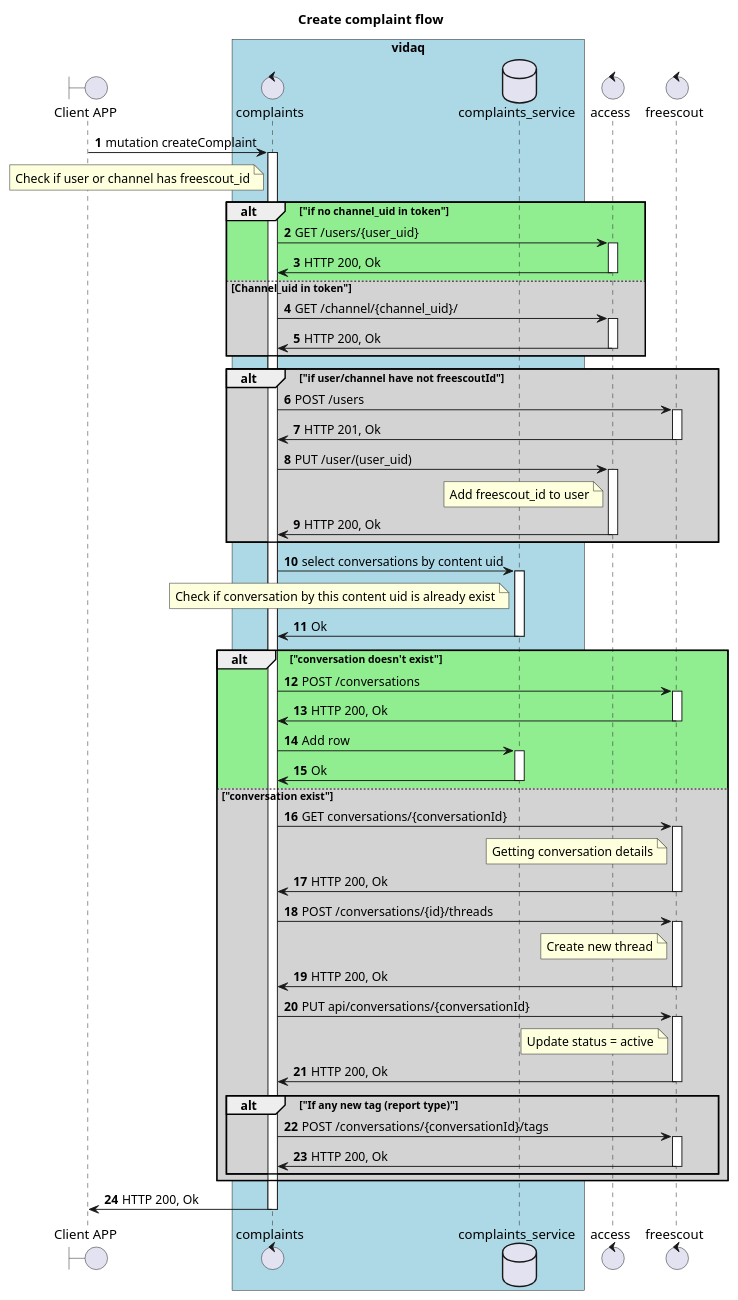
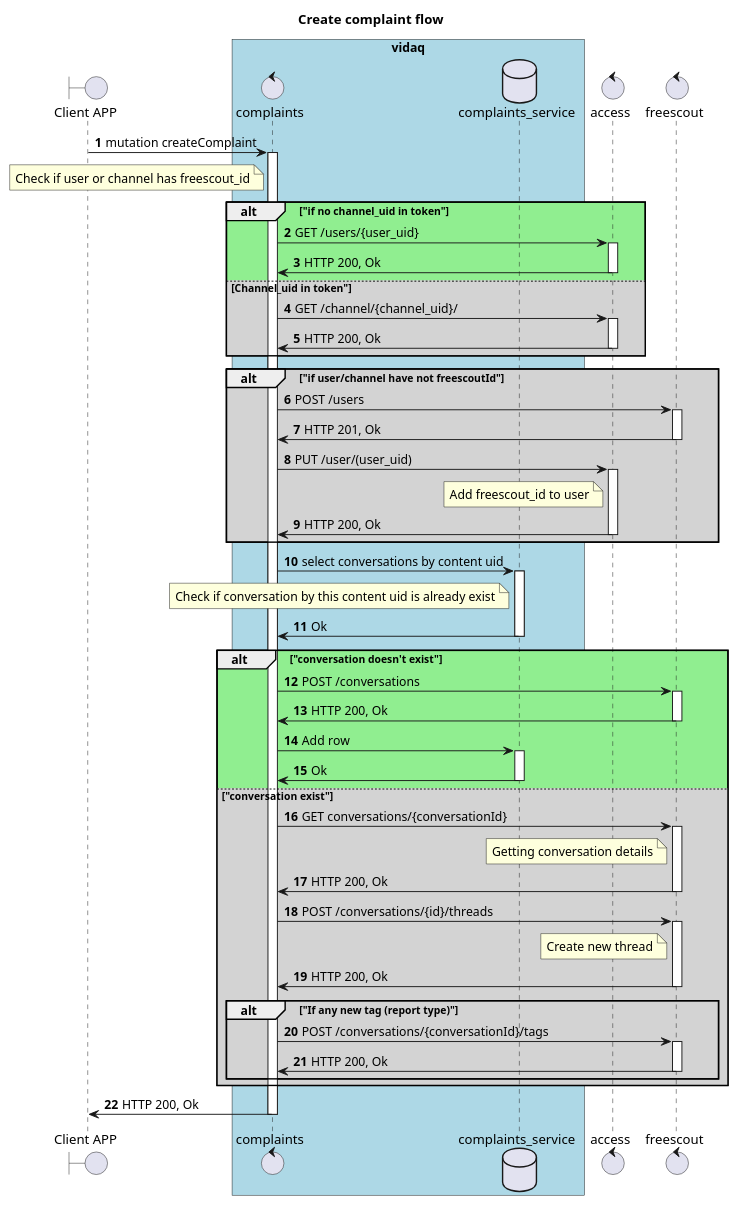
The diagram in schemas/createComplaint.puml (algruwork/work), drawn with PlantUML before and after one commit.

Commit message:
create complaint flow (api) - add fixes part 5

```diff
--- a/schemas/createComplaint.puml
+++ b/schemas/createComplaint.puml
@@ -1,101 +1,93 @@
 @startuml
 
 title "Create complaint flow"
 
 
 boundary "Client APP" as GUI
 box "vidaq" #LightBlue
 control "complaints" as C
 database "complaints_service" as CS
 end box
 control "access" as A
 control "freescout" as F
 
 autonumber
 
 GUI -> C: mutation createComplaint
 activate C
 note left C
 Check if user or channel has freescout_id
 end note
 alt #LightGreen "if no channel_uid in token"
 C -> A: GET /users/{user_uid}
 activate A
 A -> C: HTTP 200, Ok
 deactivate A
 else #LightGrey Channel_uid in token"
 C -> A: GET /channel/{channel_uid}/
 activate A
 A -> C: HTTP 200, Ok
 deactivate A
 end
 
 alt #LightGrey "if user/channel have not freescoutId"
 C -> F: POST /users
 activate F
 F -> C: HTTP 201, Ok
 deactivate F
 C -> A: PUT /user/(user_uid)
 activate A
 note left A
 Add freescout_id to user
 end note
 A -> C: HTTP 200, Ok
 deactivate A
 end
 
 C -> CS: select conversations by content uid
 activate CS
 note left CS
 Check if conversation by this content uid is already exist
 end note
 CS -> C: Ok
 deactivate CS
 
 
 
 alt #LightGreen "conversation doesn't exist"
 C -> F: POST /conversations
 activate F
 F -> C: HTTP 200, Ok
 deactivate F
 C -> CS: Add row
 activate CS
 CS -> C: Ok
 deactivate CS
 else #LightGrey "conversation exist"
 C -> F: GET conversations/{conversationId}
 activate F
 note left F
 Getting conversation details
 end note
 F -> C: HTTP 200, Ok
 deactivate F
 C -> F: POST /conversations/{id}/threads
 activate F
 note left F
 Create new thread
 end note
 F -> C: HTTP 200, Ok
 deactivate F
 
-C -> F: PUT api/conversations/{conversationId}
-activate F
-note left F
-Update status = active
-end note
-F -> C: HTTP 200, Ok
-deactivate F
-
 alt "If any new tag (report type)"
 C -> F: POST /conversations/{conversationId}/tags
 activate F
 F -> C: HTTP 200, Ok
 deactivate F
 end
 end
 
 C -> GUI: HTTP 200, Ok
 deactivate C
 
 @enduml
```
